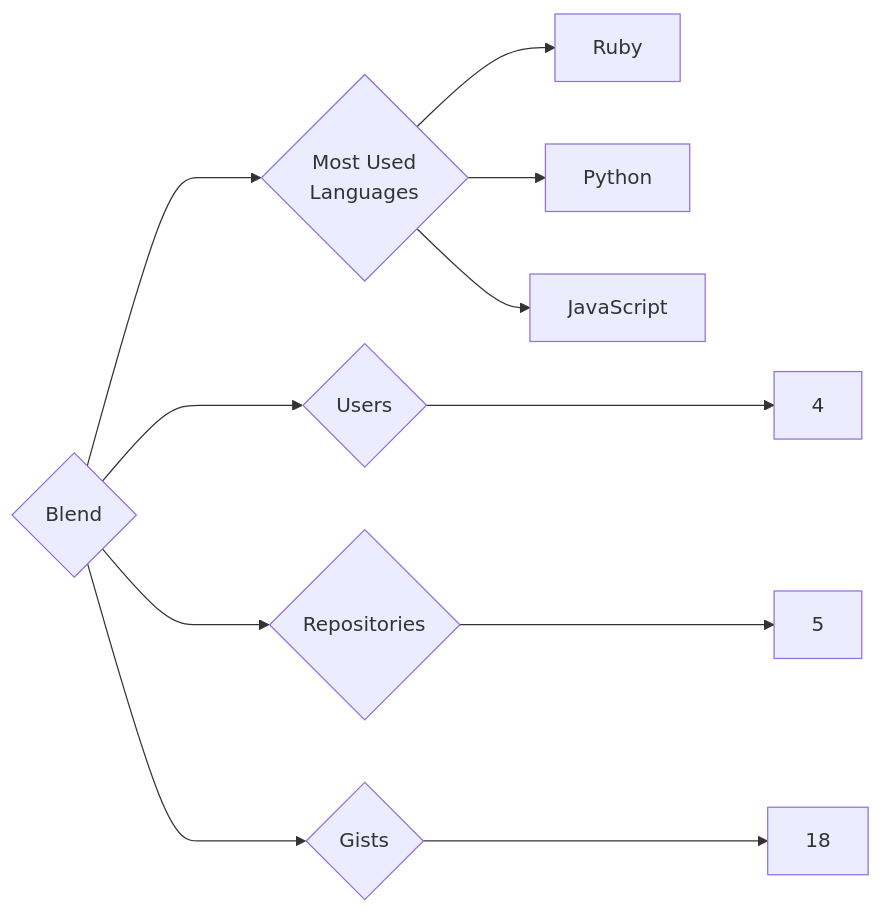
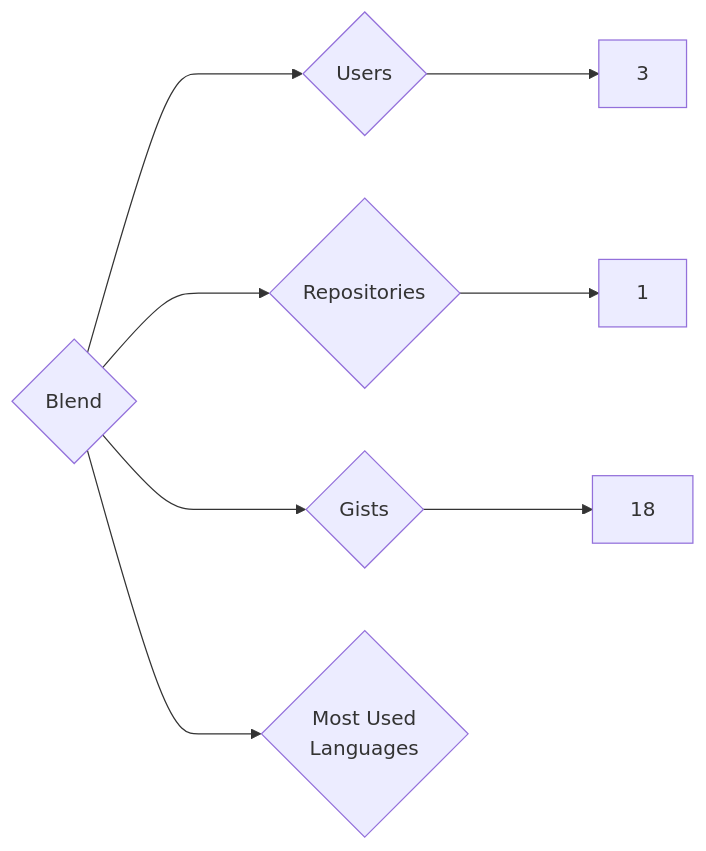
One commit to trickest/insiders changed the diagram in targets/Blend/README.md. Above: the diagram before and after it, drawn with Mermaid. The commit also changed 720 other files, not shown here.

````diff
--- a/targets/Blend/README.md
+++ b/targets/Blend/README.md
@@ -3,11 +3,8 @@
 ```mermaid
 graph LR
 COMPANY_NAME{Blend}
-COMPANY_NAME ---> U{Users} ---> UN[4]
-COMPANY_NAME ---> R{Repositories} ---> RN[5]
+COMPANY_NAME ---> U{Users} ---> UN[3]
+COMPANY_NAME ---> R{Repositories} ---> RN[1]
 COMPANY_NAME ---> G{Gists} ---> GN[18]
 COMPANY_NAME ---> ML{Most Used<br>Languages}
-ML --> Ruby[Ruby]
-ML --> Python[Python]
-ML --> JavaScript[JavaScript]
 ```
````
